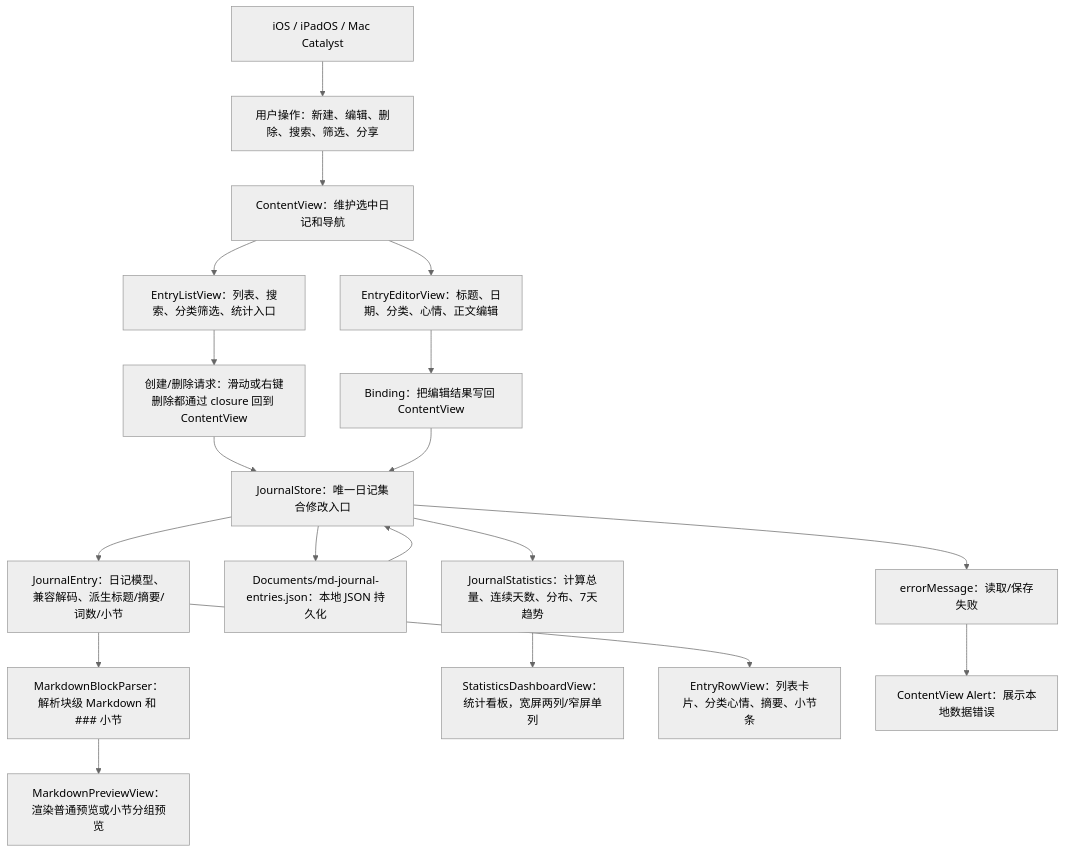
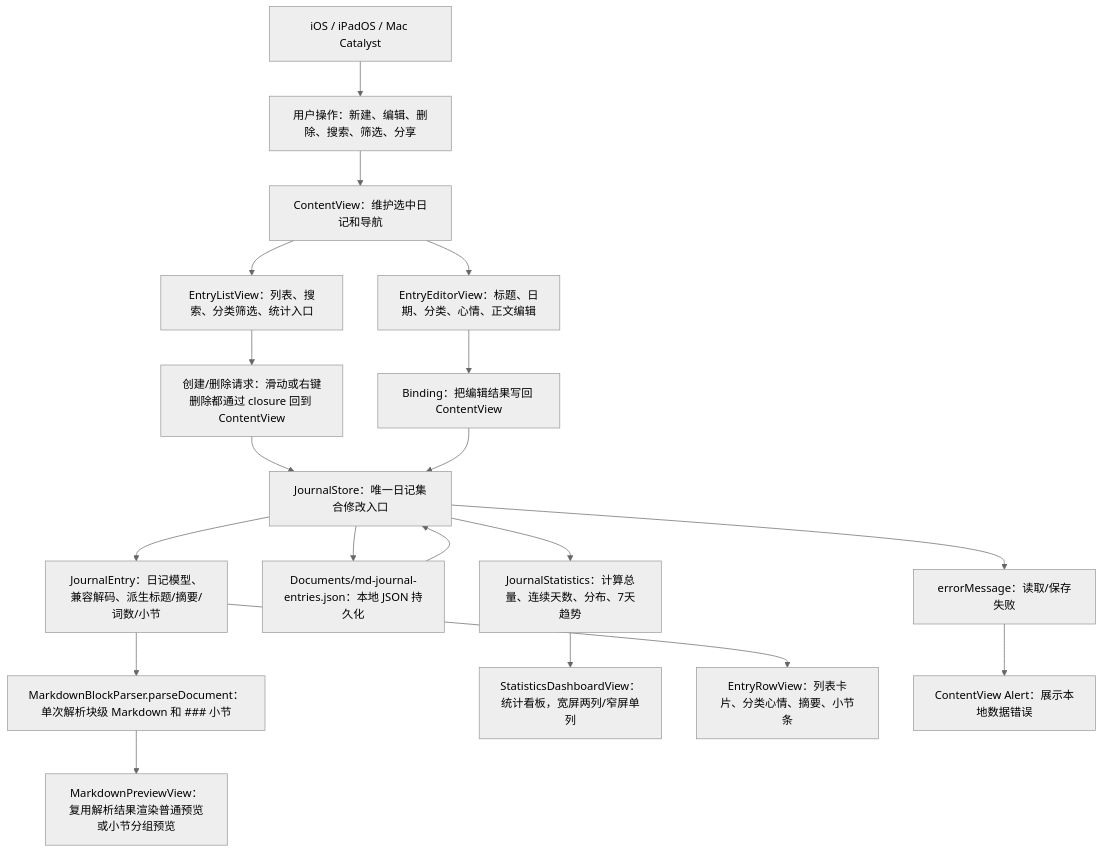
Before and after one commit to Altman-sam114/117: the first of 5 diagrams in md/flow/flowchart.md, drawn with Mermaid (neutral theme). The commit also changed other lines of this file and 9 other files, not shown here.

````diff
--- a/md/flow/flowchart.md
+++ b/md/flow/flowchart.md
@@ -9,21 +9,21 @@
 ```mermaid
 flowchart TD
   Platform["iOS / iPadOS / Mac Catalyst"] --> User["用户操作：新建、编辑、删除、搜索、筛选、分享"]
   User --> CV["ContentView：维护选中日记和导航"]
   CV --> List["EntryListView：列表、搜索、分类筛选、统计入口"]
   CV --> Editor["EntryEditorView：标题、日期、分类、心情、正文编辑"]
   List --> CreateDelete["创建/删除请求：滑动或右键删除都通过 closure 回到 ContentView"]
   Editor --> Binding["Binding<JournalEntry>：把编辑结果写回 ContentView"]
   CreateDelete --> Store["JournalStore：唯一日记集合修改入口"]
   Binding --> Store
   Store --> Model["JournalEntry：日记模型、兼容解码、派生标题/摘要/词数/小节"]
   Store --> JSON["Documents/md-journal-entries.json：本地 JSON 持久化"]
   JSON --> Store
-  Model --> Parser["MarkdownBlockParser：解析块级 Markdown 和 ### 小节"]
-  Parser --> Preview["MarkdownPreviewView：渲染普通预览或小节分组预览"]
+  Model --> Parser["MarkdownBlockParser.parseDocument：单次解析块级 Markdown 和 ### 小节"]
+  Parser --> Preview["MarkdownPreviewView：复用解析结果渲染普通预览或小节分组预览"]
   Store --> Stats["JournalStatistics：计算总量、连续天数、分布、7天趋势"]
   Stats --> Dashboard["StatisticsDashboardView：统计看板，宽屏两列/窄屏单列"]
   Model --> Row["EntryRowView：列表卡片、分类心情、摘要、小节条"]
   Store --> Error["errorMessage：读取/保存失败"]
   Error --> Alert["ContentView Alert：展示本地数据错误"]
 ```
````
